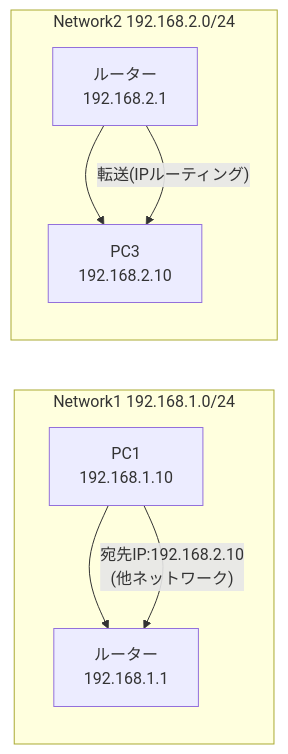
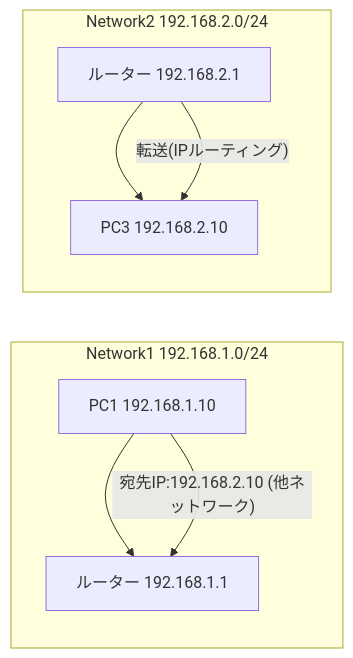
One commit to uecken/docs changed the sixth of 15 diagrams in 新人エンジニアが学ぶ無線とIPネットワーク/readme.md. Above: the diagram before and after it, drawn with Mermaid. The commit also changed other lines of this file and 1 other file, not shown here.

Commit message:
fixed mermaid

````diff
--- a/新人エンジニアが学ぶ無線とIPネットワーク/readme.md
+++ b/新人エンジニアが学ぶ無線とIPネットワーク/readme.md
@@ -92,11 +78,11 @@
 ```mermaid
 flowchart LR
     subgraph Network1 192.168.1.0/24
-      PC1_a[PC1\n192.168.1.10] --> R1_a[ルーター\n192.168.1.1]
+      PC1_a[PC1 192.168.1.10] --> R1_a[ルーター 192.168.1.1]
     end
     subgraph Network2 192.168.2.0/24
-      R1_b[ルーター\n192.168.2.1] --> PC3_a[PC3\n192.168.2.10]
+      R1_b[ルーター 192.168.2.1] --> PC3_a[PC3 192.168.2.10]
     end
-    PC1_a -- "宛先IP:192.168.2.10\n(他ネットワーク)" --> R1_a
+    PC1_a -- "宛先IP:192.168.2.10 (他ネットワーク)" --> R1_a
     R1_b -- "転送(IPルーティング)" --> PC3_a
 ```
````
